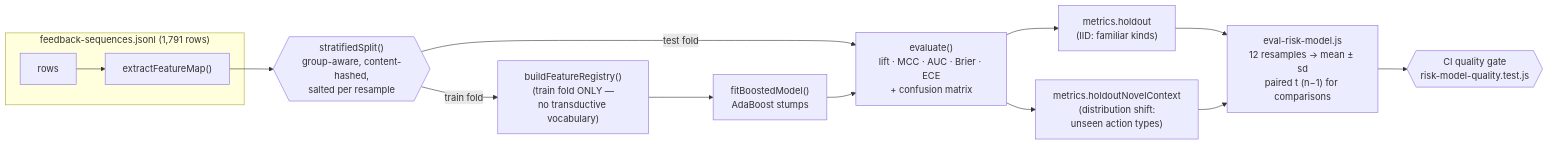
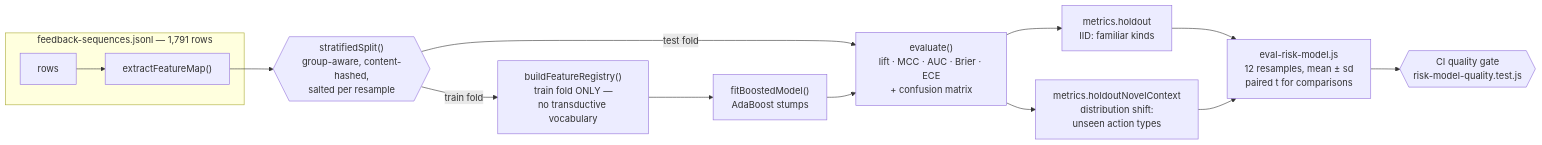
The first of 3 diagrams in docs/ML-EVALUATION.md (IgorGanapolsky/ThumbGate), drawn with Mermaid before and after one commit. The commit also changed other lines of this file, not shown here.

Commit message:
fix(docs): mermaid labels must not contain raw newlines
The generating script embedded literal newlines inside quoted node labels,
which mermaid does not parse — GitHub would have shown an error box instead
of the three diagrams. Rewritten with single-line node definitions and <br/>
line breaks, and an assertion that every quoted label is balanced per line.

````diff
--- a/docs/ML-EVALUATION.md
+++ b/docs/ML-EVALUATION.md
@@ -45,28 +45,16 @@
 ```mermaid
 flowchart LR
-    subgraph corpus["feedback-sequences.jsonl (1,791 rows)"]
+    subgraph corpus["feedback-sequences.jsonl — 1,791 rows"]
         R[rows] --> F["extractFeatureMap()"]
     end
-    F --> S{{"stratifiedSplit()
-group-aware, content-hashed,
-salted per resample"}}
-    S -->|"train fold"| REG["buildFeatureRegistry()
-(train fold ONLY —
-no transductive vocabulary)"]
-    REG --> FIT["fitBoostedModel()
-AdaBoost stumps"]
-    S -->|"test fold"| EV
-    FIT --> EV["evaluate()
-lift · MCC · AUC · Brier · ECE
-+ confusion matrix"]
-    EV --> IID["metrics.holdout
-(IID: familiar kinds)"]
-    EV --> NOV["metrics.holdoutNovelContext
-(distribution shift:
-unseen action types)"]
-    IID & NOV --> RS["eval-risk-model.js
-12 resamples → mean ± sd
-paired t (n−1) for comparisons"]
-    RS --> GATE{{"CI quality gate
-risk-model-quality.test.js"}}
+    F --> S{{"stratifiedSplit()<br/>group-aware, content-hashed,<br/>salted per resample"}}
+    S -->|train fold| REG["buildFeatureRegistry()<br/>train fold ONLY —<br/>no transductive vocabulary"]
+    REG --> FIT["fitBoostedModel()<br/>AdaBoost stumps"]
+    S -->|test fold| EV
+    FIT --> EV["evaluate()<br/>lift · MCC · AUC · Brier · ECE<br/>+ confusion matrix"]
+    EV --> IID["metrics.holdout<br/>IID: familiar kinds"]
+    EV --> NOV["metrics.holdoutNovelContext<br/>distribution shift:<br/>unseen action types"]
+    IID --> RS
+    NOV --> RS["eval-risk-model.js<br/>12 resamples, mean ± sd<br/>paired t for comparisons"]
+    RS --> GATE{{"CI quality gate<br/>risk-model-quality.test.js"}}
 ```
````
